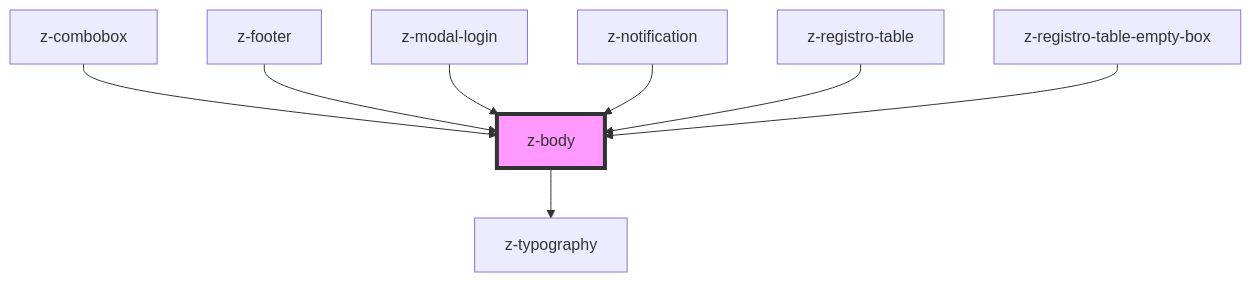
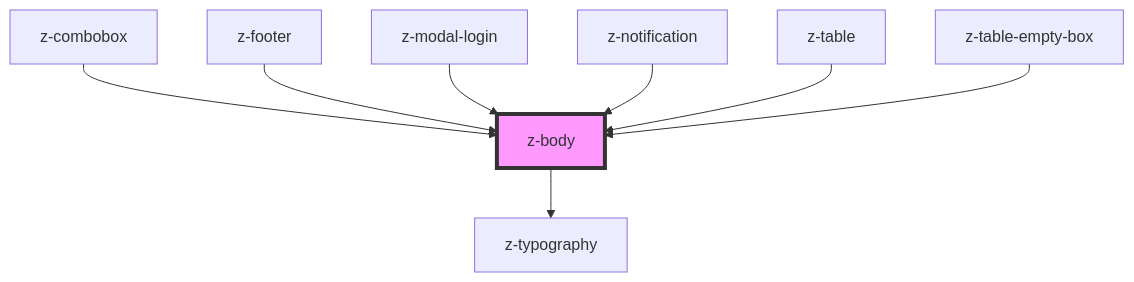
One commit to ZanichelliEditore/design-system changed the diagram in src/components/typography/z-body/readme.md. Above: the diagram before and after it, drawn with Mermaid. The commit also changed other lines of this file and 10 other files, not shown here.

````diff
--- a/src/components/typography/z-body/readme.md
+++ b/src/components/typography/z-body/readme.md
@@ -31,11 +31,11 @@
 ```mermaid
 graph TD;
   z-body --> z-typography
   z-combobox --> z-body
   z-footer --> z-body
   z-modal-login --> z-body
   z-notification --> z-body
-  z-registro-table --> z-body
-  z-registro-table-empty-box --> z-body
+  z-table --> z-body
+  z-table-empty-box --> z-body
   style z-body fill:#f9f,stroke:#333,stroke-width:4px
 ```
````
